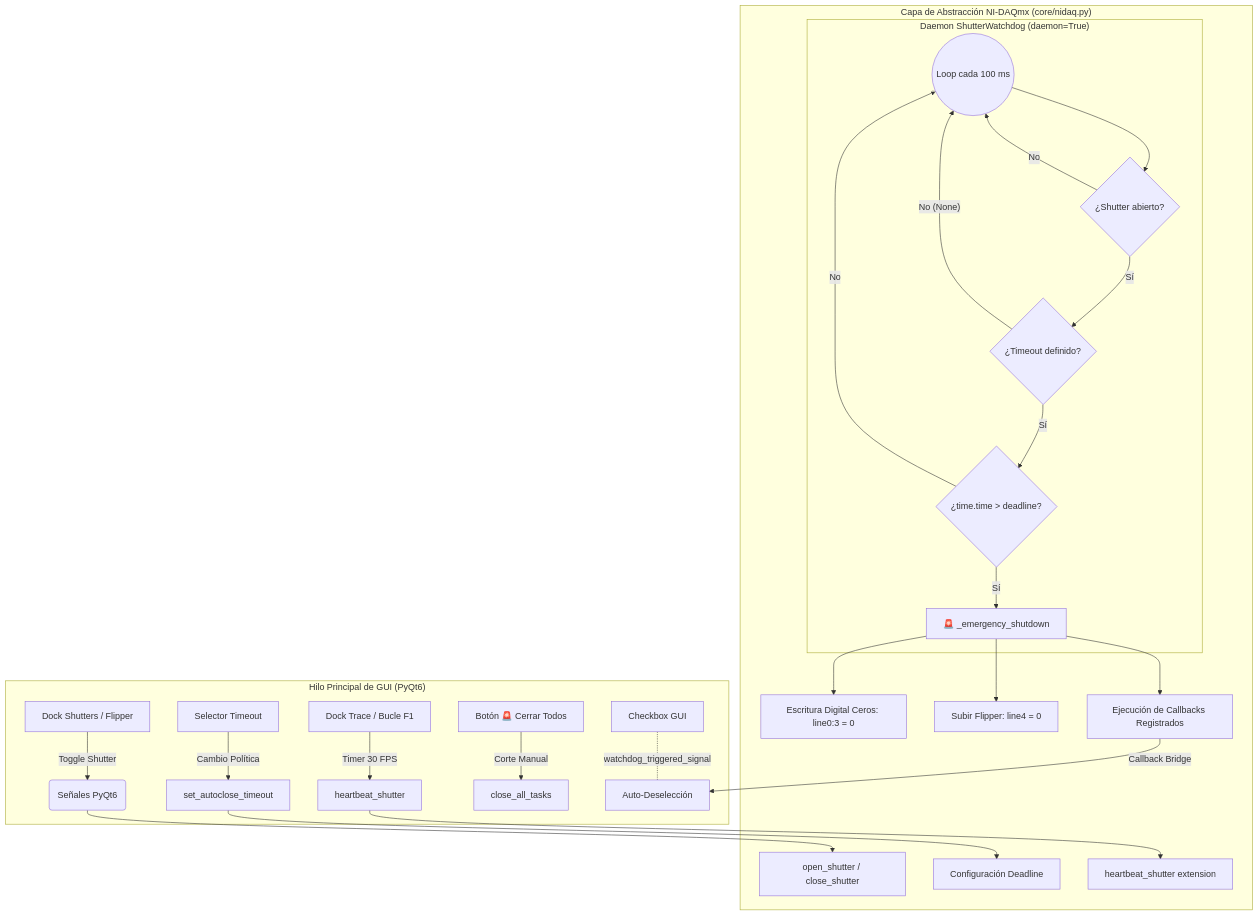
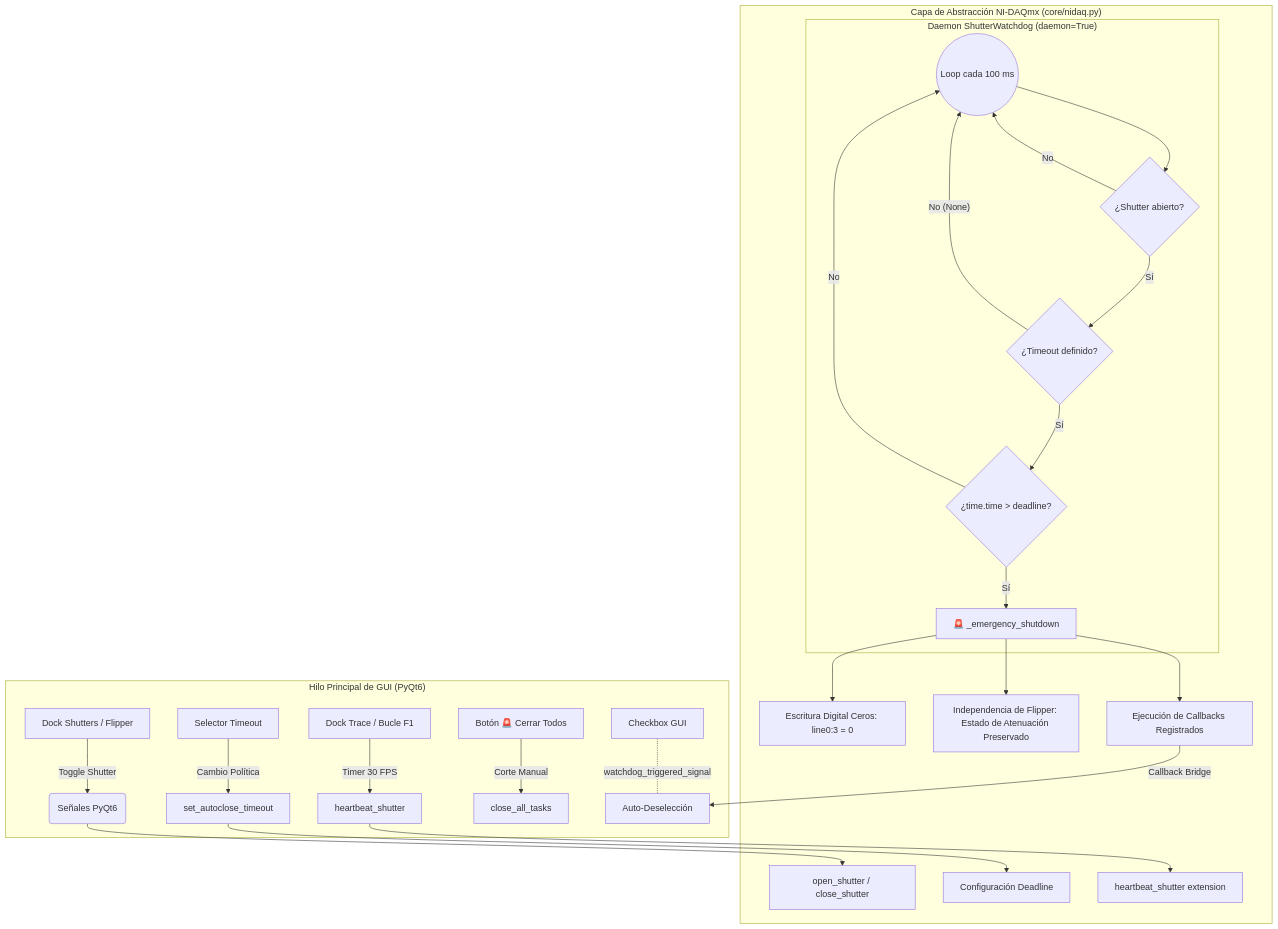
Before and after one commit to joselitog1999/pyprinting_3.0: the diagram in reportes/sistema/Reporte_Seguridad_Optica_Watchdog_y_Control_de_Obturadores.md, drawn with Mermaid. The commit also changed other lines of this file and 14 other files, not shown here.

````diff
--- a/reportes/sistema/Reporte_Seguridad_Optica_Watchdog_y_Control_de_Obturadores.md
+++ b/reportes/sistema/Reporte_Seguridad_Optica_Watchdog_y_Control_de_Obturadores.md
@@ -57,32 +57,32 @@
 ```mermaid
 flowchart TD
     subgraph UI_Thread["Hilo Principal de GUI (PyQt6)"]
         A[Dock Shutters / Flipper] -->|Toggle Shutter| B(Señales PyQt6)
         C[Dock Trace / Bucle F1] -->|Timer 30 FPS| D[heartbeat_shutter]
         E[Selector Timeout] -->|Cambio Política| F[set_autoclose_timeout]
         G[Botón 🚨 Cerrar Todos] -->|Corte Manual| H[close_all_tasks]
         I[Checkbox GUI] <-.-|watchdog_triggered_signal| J[Auto-Deselección]
     end
 
     subgraph DAQ_Layer["Capa de Abstracción NI-DAQmx (core/nidaq.py)"]
         B --> K[open_shutter / close_shutter]
         F --> L[Configuración Deadline]
         D --> M[heartbeat_shutter extension]
         
         subgraph Watchdog_Daemon["Daemon ShutterWatchdog (daemon=True)"]
             N((Loop cada 100 ms)) --> O{¿Shutter abierto?}
             O -- No --> N
             O -- Sí --> P{¿Timeout definido?}
             P -- No (None) --> N
             P -- Sí --> Q{¿time.time > deadline?}
             Q -- No --> N
             Q -- Sí --> R[🚨 _emergency_shutdown]
         end
         
         R --> S[Escritura Digital Ceros: line0:3 = 0]
-        R --> T[Subir Flipper: line4 = 0]
+        R --> T[Independencia de Flipper: Estado de Atenuación Preservado]
         R --> U[Ejecución de Callbacks Registrados]
     end
 
     U -->|Callback Bridge| J
 ```
````
